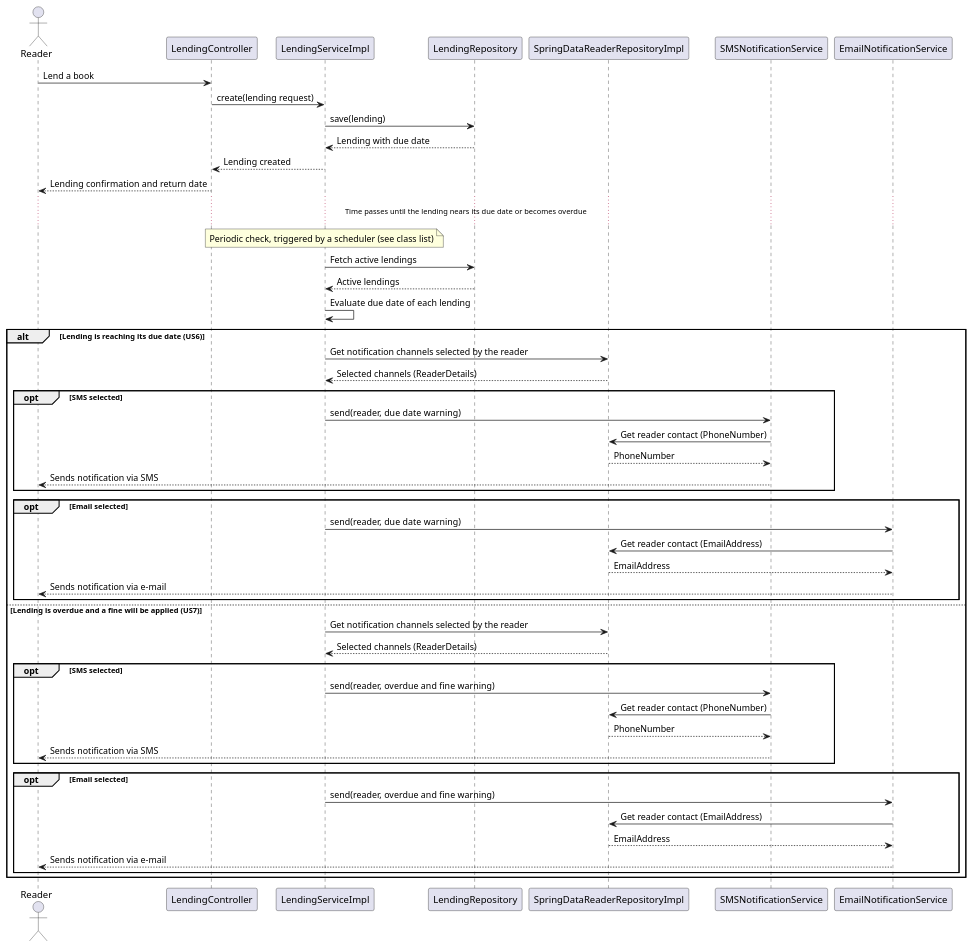
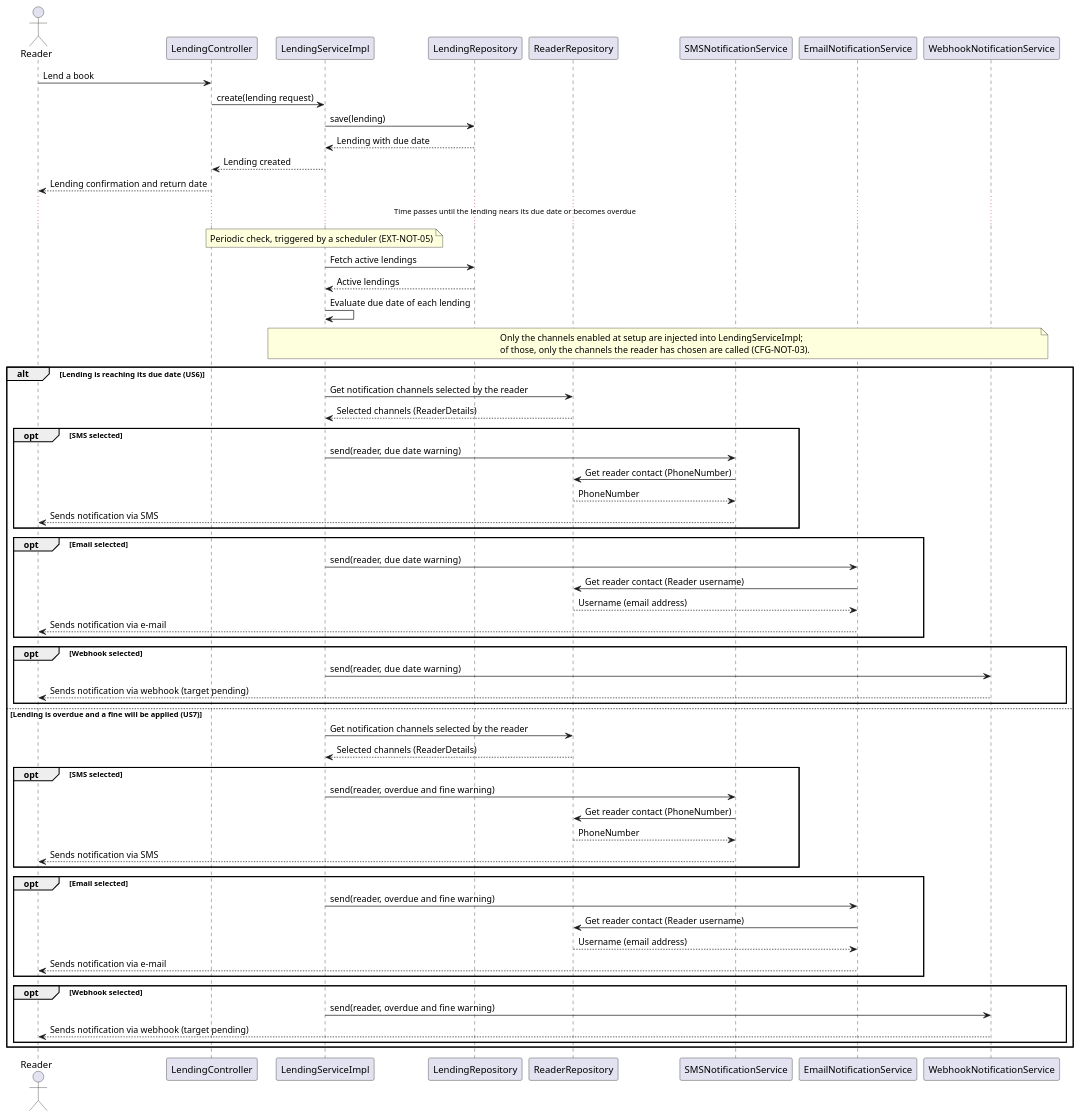
Before and after one commit to Max1124/ARQSOFT_ODSOFT_G6: the diagram in Docs/DocsMasterDegree/system-to-be/Images/NotificationMethodsExtensibilitySequence.puml, drawn with PlantUML. The commit also changed 20 other files, not shown here.

```diff
--- a/Docs/DocsMasterDegree/system-to-be/Images/NotificationMethodsExtensibilitySequence.puml
+++ b/Docs/DocsMasterDegree/system-to-be/Images/NotificationMethodsExtensibilitySequence.puml
@@ -1,55 +1,69 @@
 @startuml
 actor Reader
 participant "LendingController" as API
 participant "LendingServiceImpl" as Lending
 participant "LendingRepository" as LRepo
-participant "SpringDataReaderRepositoryImpl" as RRepo
+participant "ReaderRepository" as RRepo
 participant "SMSNotificationService" as SMS
 participant "EmailNotificationService" as Email
+participant "WebhookNotificationService" as Webhook
 
 Reader -> API : Lend a book
 API -> Lending : create(lending request)
 Lending -> LRepo : save(lending)
 LRepo --> Lending : Lending with due date
 Lending --> API : Lending created
 API --> Reader : Lending confirmation and return date
 
 ... Time passes until the lending nears its due date or becomes overdue ...
 
-note over Lending : Periodic check, triggered by a scheduler (see class list)
+note over Lending : Periodic check, triggered by a scheduler (EXT-NOT-05)
 Lending -> LRepo : Fetch active lendings
 LRepo --> Lending : Active lendings
 Lending -> Lending : Evaluate due date of each lending
+
+note over Lending, Webhook
+  Only the channels enabled at setup are injected into LendingServiceImpl;
+  of those, only the channels the reader has chosen are called (CFG-NOT-03).
+end note
 
 alt Lending is reaching its due date (US6)
     Lending -> RRepo : Get notification channels selected by the reader
     RRepo --> Lending : Selected channels (ReaderDetails)
     opt SMS selected
         Lending -> SMS : send(reader, due date warning)
         SMS -> RRepo : Get reader contact (PhoneNumber)
         RRepo --> SMS : PhoneNumber
         SMS --> Reader : Sends notification via SMS
     end
     opt Email selected
         Lending -> Email : send(reader, due date warning)
-        Email -> RRepo : Get reader contact (EmailAddress)
-        RRepo --> Email : EmailAddress
+        Email -> RRepo : Get reader contact (Reader username)
+        RRepo --> Email : Username (email address)
         Email --> Reader : Sends notification via e-mail
+    end
+    opt Webhook selected
+        Lending -> Webhook : send(reader, due date warning)
+        Webhook --> Reader : Sends notification via webhook (target pending)
     end
 else Lending is overdue and a fine will be applied (US7)
     Lending -> RRepo : Get notification channels selected by the reader
     RRepo --> Lending : Selected channels (ReaderDetails)
     opt SMS selected
         Lending -> SMS : send(reader, overdue and fine warning)
         SMS -> RRepo : Get reader contact (PhoneNumber)
         RRepo --> SMS : PhoneNumber
         SMS --> Reader : Sends notification via SMS
     end
     opt Email selected
         Lending -> Email : send(reader, overdue and fine warning)
-        Email -> RRepo : Get reader contact (EmailAddress)
-        RRepo --> Email : EmailAddress
+        Email -> RRepo : Get reader contact (Reader username)
+        RRepo --> Email : Username (email address)
         Email --> Reader : Sends notification via e-mail
+    end
+    opt Webhook selected
+        Lending -> Webhook : send(reader, overdue and fine warning)
+        Webhook --> Reader : Sends notification via webhook (target pending)
     end
 end
 @enduml
```
